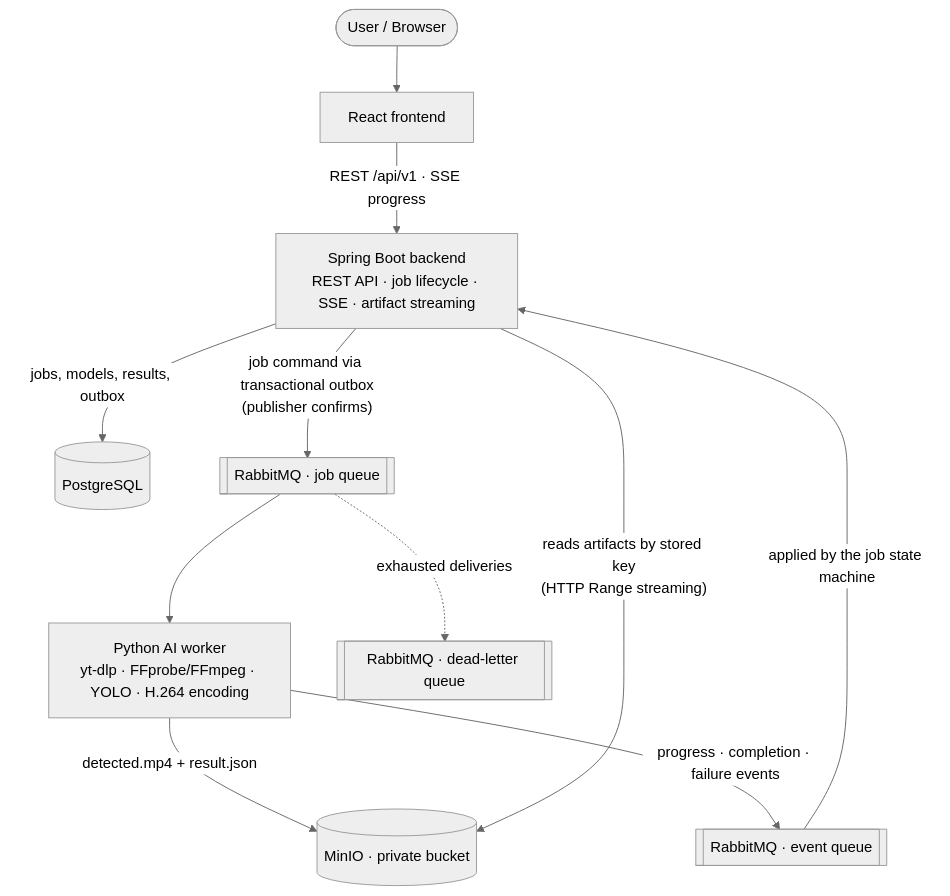
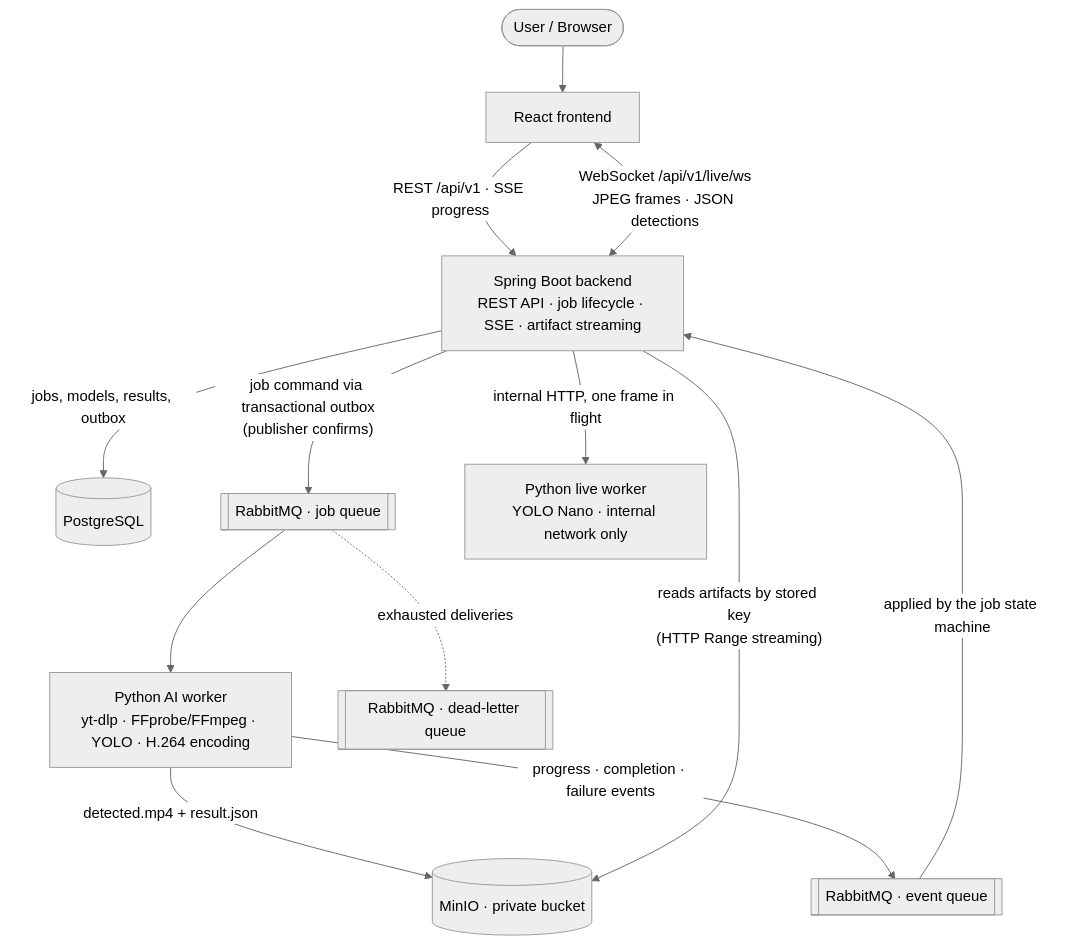
One commit to huangdat/YOLO-Vision-Studio---AI-Video-Object-Detection-Platform changed the diagram in README.md. Above: the diagram before and after it, drawn with Mermaid (neutral theme). The commit also changed other lines of this file and 38 other files, not shown here.

````diff
--- a/README.md
+++ b/README.md
@@ -34,13 +35,15 @@
 ```mermaid
 flowchart TB
     User([User / Browser]) --> UI[React frontend]
     UI -->|"REST /api/v1 · SSE progress"| API[Spring Boot backend<br/>REST API · job lifecycle · SSE · artifact streaming]
     API -->|"jobs, models, results, outbox"| DB[(PostgreSQL)]
     API -->|"job command via transactional outbox<br/>(publisher confirms)"| JobQ[[RabbitMQ · job queue]]
     JobQ --> Worker[Python AI worker<br/>yt-dlp · FFprobe/FFmpeg · YOLO · H.264 encoding]
     JobQ -.->|"exhausted deliveries"| DLQ[[RabbitMQ · dead-letter queue]]
     Worker -->|"detected.mp4 + result.json"| S3[(MinIO · private bucket)]
     Worker -->|"progress · completion · failure events"| EventQ[[RabbitMQ · event queue]]
     EventQ -->|"applied by the job state machine"| API
     API -->|"reads artifacts by stored key<br/>(HTTP Range streaming)"| S3
+    UI <-->|"WebSocket /api/v1/live/ws<br/>JPEG frames · JSON detections"| API
+    API -->|"internal HTTP, one frame in flight"| Live[Python live worker<br/>YOLO Nano · internal network only]
 ```
````
